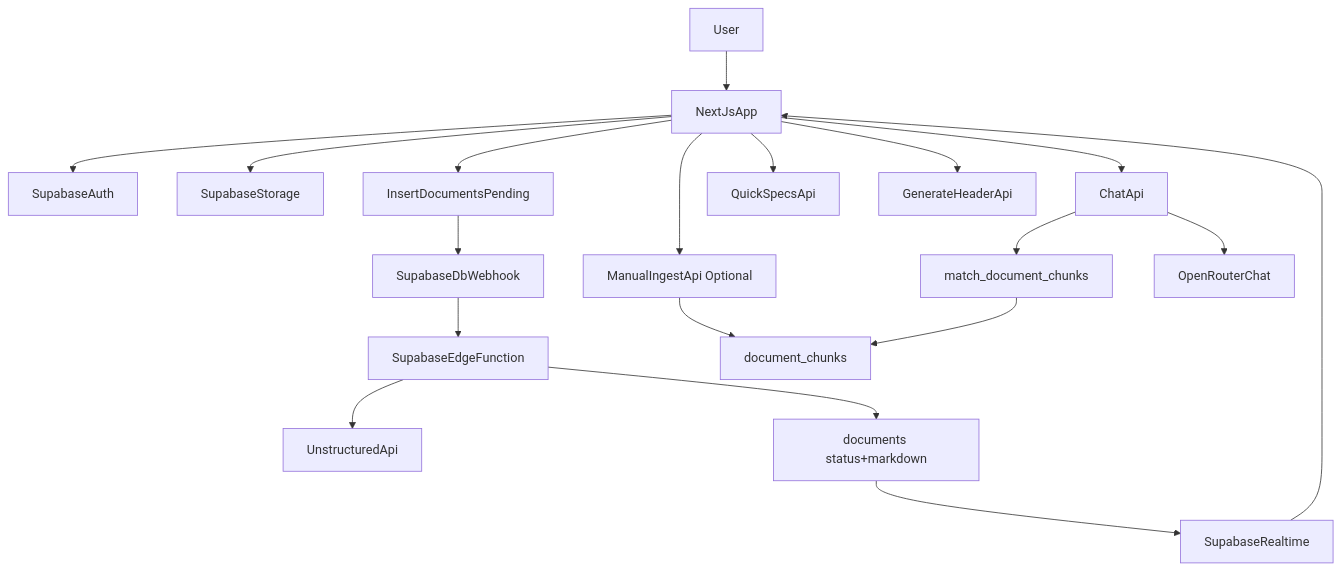
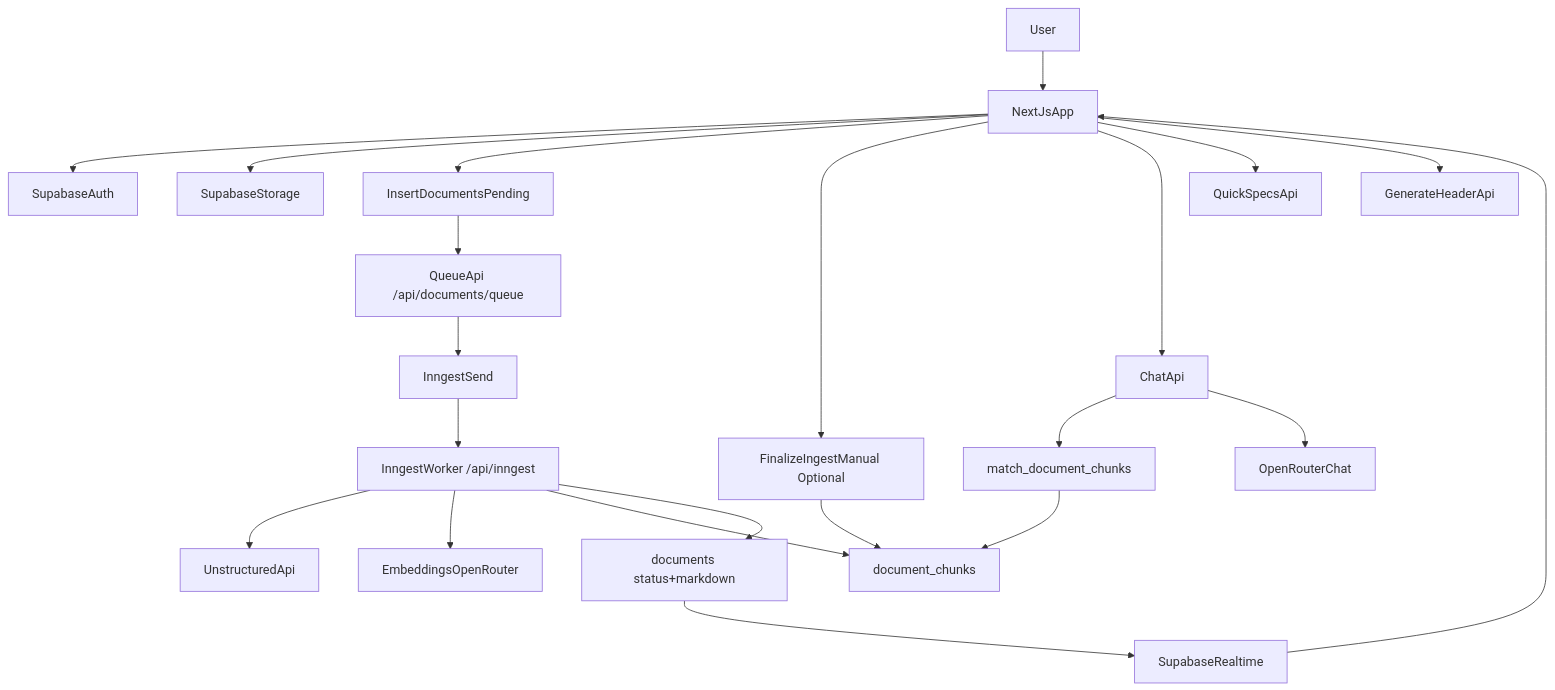
One commit to jedddi/Spec2Code-Spec-Sheet-Analyzer changed the diagram in README.md. Above: the diagram before and after it, drawn with Mermaid. The commit also changed other lines of this file and 13 other files, not shown here.

````diff
--- a/README.md
+++ b/README.md
@@ -16,21 +16,24 @@
 ```mermaid
 flowchart TD
   user[User] --> appUi[NextJsApp]
   appUi --> supabaseAuth[SupabaseAuth]
   appUi --> storage[SupabaseStorage]
   appUi --> insertPending[InsertDocumentsPending]
-  insertPending --> dbWebhook[SupabaseDbWebhook]
-  dbWebhook --> ingestFn[SupabaseEdgeFunction]
-  ingestFn --> unstructured[UnstructuredApi]
-  ingestFn --> documentsTable[documents status+markdown]
+  insertPending --> queueApi[QueueApi /api/documents/queue]
+  queueApi --> inngestSend[InngestSend]
+  inngestSend --> inngestWorker[InngestWorker /api/inngest]
+  inngestWorker --> unstructured[UnstructuredApi]
+  inngestWorker --> embed[EmbeddingsOpenRouter]
+  inngestWorker --> chunkTable[document_chunks]
+  inngestWorker --> documentsTable[documents status+markdown]
   documentsTable --> realtime[SupabaseRealtime]
   realtime --> appUi
-  appUi --> ingestApi[ManualIngestApi Optional]
-  ingestApi --> chunkTable[document_chunks]
+  appUi --> finalizeApi[FinalizeIngestManual Optional]
+  finalizeApi --> chunkTable
   appUi --> chatApi[ChatApi]
   chatApi --> matchRpc[match_document_chunks]
   matchRpc --> chunkTable
   chatApi --> llm[OpenRouterChat]
   appUi --> quickSpecsApi[QuickSpecsApi]
   appUi --> headerApi[GenerateHeaderApi]
 ```
````
